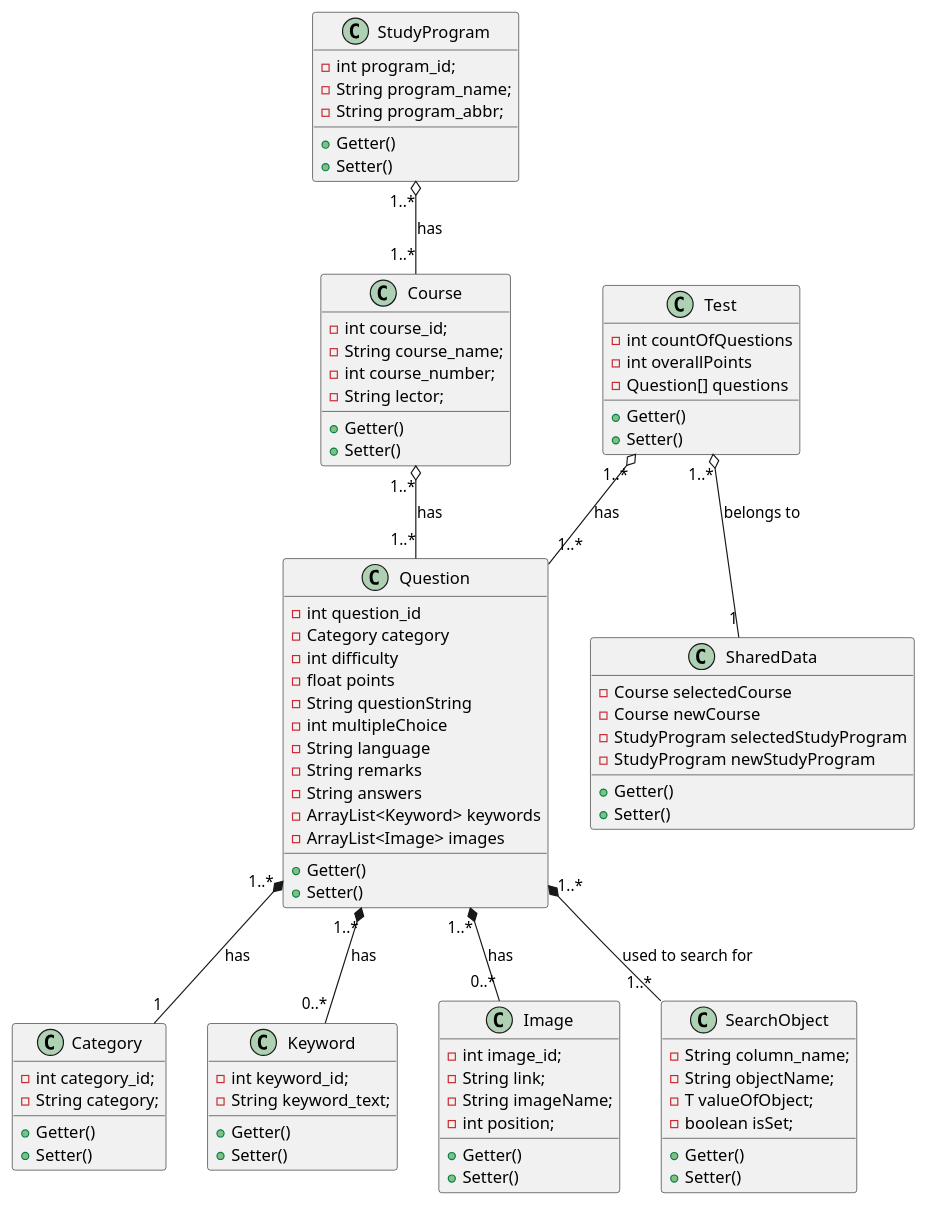
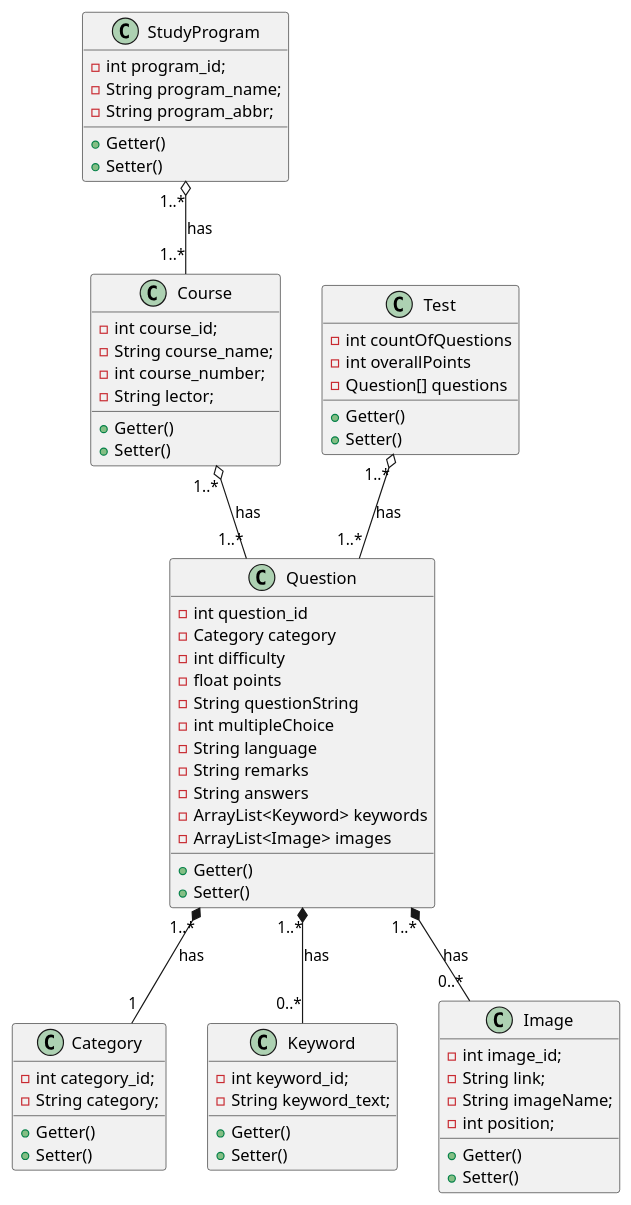
The diagram in src/main/java/projekt.puml (VladanPetkovic/Pruefungsgenerator), drawn with PlantUML before and after one commit.

Commit message:
updated plantUML class diagram

```diff
--- a/src/main/java/projekt.puml
+++ b/src/main/java/projekt.puml
@@ -1,95 +1,75 @@
 @startuml
 'https://plantuml.com/class-diagram
 
 class StudyProgram {
     -int program_id;
     -String program_name;
     -String program_abbr;
     +Getter()
     +Setter()
 }
 
 class Course {
     -int course_id;
     -String course_name;
     -int course_number;
     -String lector;
     +Getter()
     +Setter()
 }
 
 class Test {
     -int countOfQuestions
     -int overallPoints
     -Question[] questions
     +Getter()
     +Setter()
 }
 
 class Question {
     -int question_id
     -Category category
     -int difficulty
     -float points
     -String questionString
     -int multipleChoice
     -String language
     -String remarks
     -String answers
     -ArrayList<Keyword> keywords
     -ArrayList<Image> images
     +Getter()
     +Setter()
 }
 
 class Category {
     -int category_id;
     -String category;
     +Getter()
     +Setter()
 }
 
 class Keyword {
     -int keyword_id;
     -String keyword_text;
     +Getter()
     +Setter()
 }
 
 class Image {
     -int image_id;
     -String link;
     -String imageName;
     -int position;
     +Getter()
     +Setter()
 }
 
-class SharedData {
-    -Course selectedCourse
-    -Course newCourse
-    -StudyProgram selectedStudyProgram
-    -StudyProgram newStudyProgram
-    +Getter()
-    +Setter()
-}
-
-class SearchObject {
-    -String column_name;
-    -String objectName;
-    -T valueOfObject;
-    -boolean isSet;
-    +Getter()
-    +Setter()
-}
-
 Test "1..*" o-- "1..*" Question : "has"
-Test "1..*" o-- "1" SharedData : "belongs to"
 StudyProgram "1..*" o-- "1..*" Course : "has"
 Course "1..*" o-- "1..*" Question : "has"
 Question "1..*" *-- "0..*" Image : has
 Question "1..*" *-- "0..*" Keyword : has
 Question "1..*" *-- "1" Category : has
-Question "1..*" *-- "1..*" SearchObject : used to search for
 
 @enduml
```
